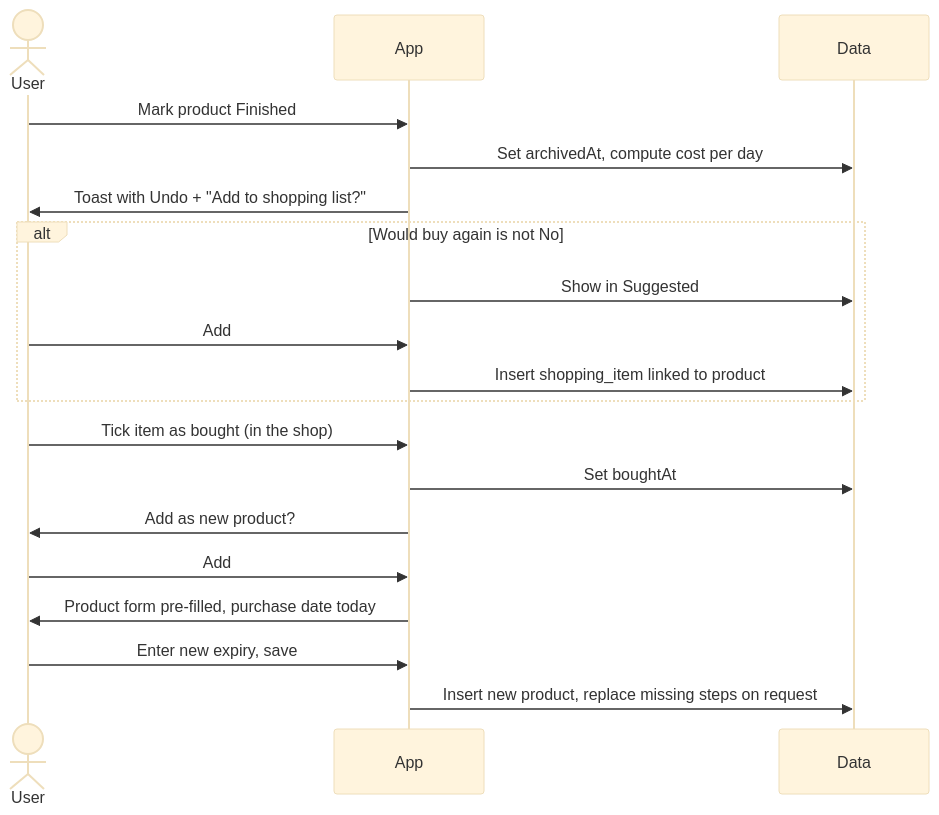
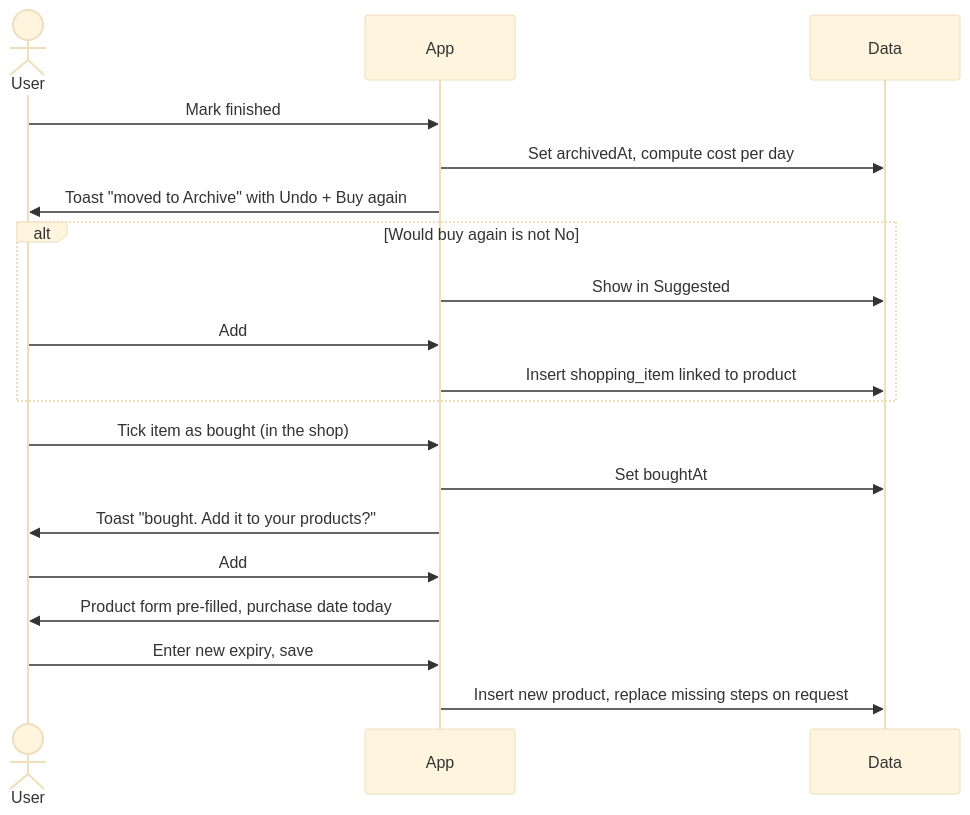
The eighth of 10 diagrams in docs/feature-spec.md (Justxs/Jx-Care), drawn with Mermaid (base theme) before and after one commit. The commit also changed other lines of this file, not shown here.

````diff
--- a/docs/feature-spec.md
+++ b/docs/feature-spec.md
@@ -604,21 +661,21 @@
 ```mermaid
 sequenceDiagram
   actor U as User
   participant A as App
   participant D as Data
-  U->>A: Mark product Finished
+  U->>A: Mark finished
   A->>D: Set archivedAt, compute cost per day
-  A->>U: Toast with Undo + "Add to shopping list?"
+  A->>U: Toast "moved to Archive" with Undo + Buy again
   alt Would buy again is not No
     A->>D: Show in Suggested
     U->>A: Add
     A->>D: Insert shopping_item linked to product
   end
   U->>A: Tick item as bought (in the shop)
   A->>D: Set boughtAt
-  A->>U: Add as new product?
+  A->>U: Toast "bought. Add it to your products?"
   U->>A: Add
   A->>U: Product form pre-filled, purchase date today
   U->>A: Enter new expiry, save
   A->>D: Insert new product, replace missing steps on request
 ```
````
